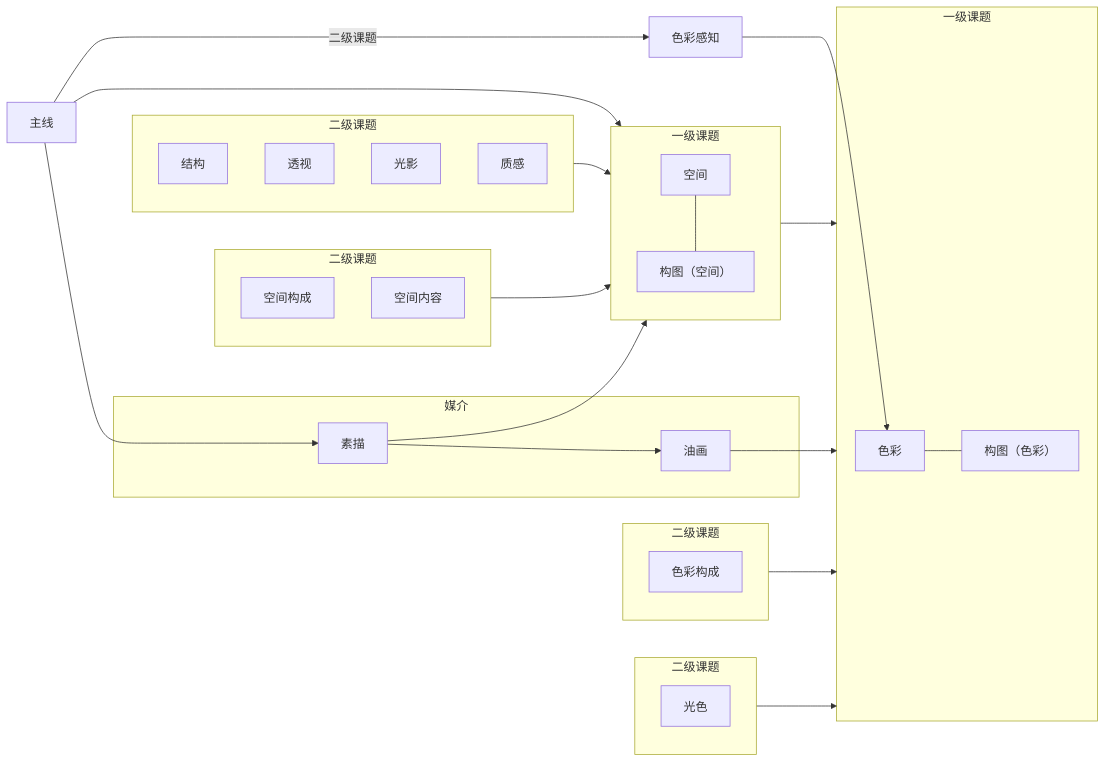
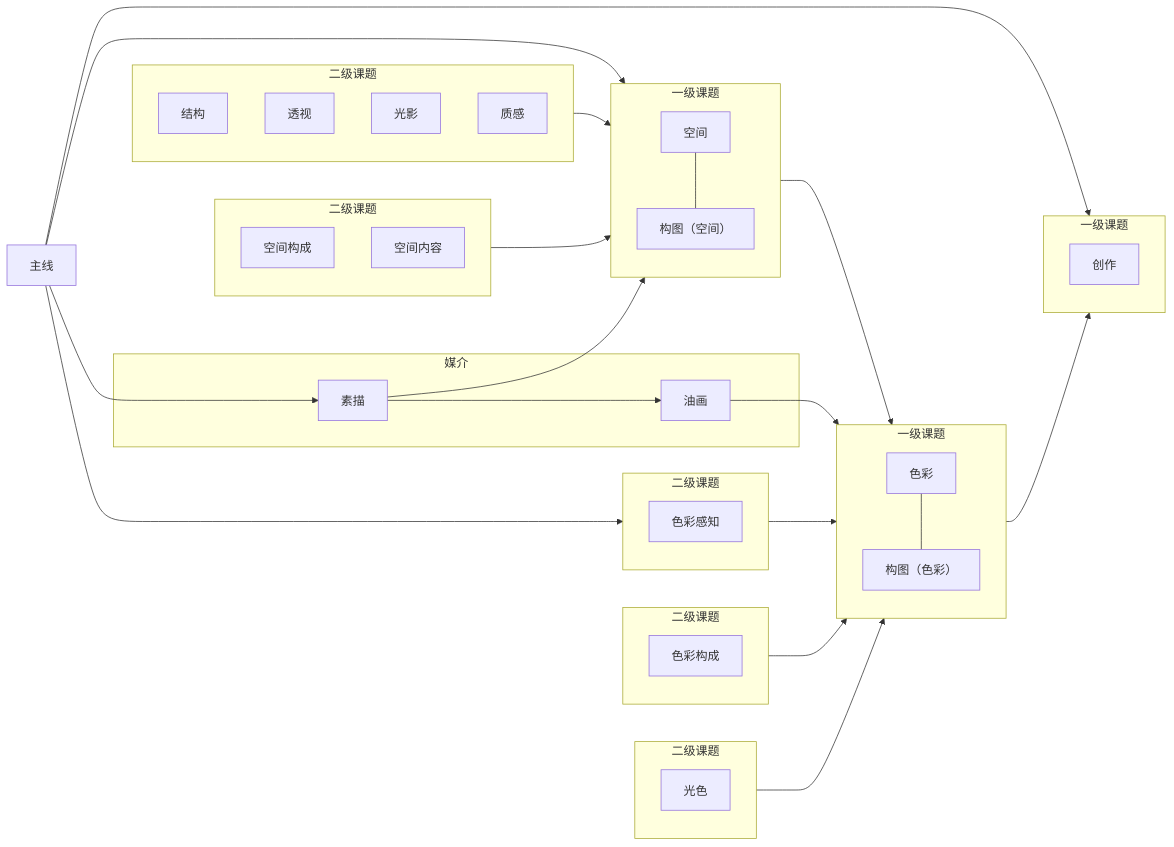
Before and after one commit to pehmc/freud: the diagram in 基本功/思维/学习法.md, drawn with Mermaid. The commit also changed other lines of this file and 13 other files, not shown here.

````diff
--- a/基本功/思维/学习法.md
+++ b/基本功/思维/学习法.md
@@ -58,55 +59,65 @@
 ```mermaid
 flowchart LR
 
   subgraph Media[媒介]
     Sketch[素描] --> Oil[油画]
   end
   
   Way[主线] --> Sketch
   
   subgraph SpaceComp[一级课题]
     Space[空间] --- SComp[构图（空间）]
   end
   
   Way --> SpaceComp
   
   subgraph ColorComp[一级课题]
     Color[色彩] --- CComp[构图（色彩）]
   end
   
   SpaceComp --> ColorComp
   
-  Way --> |二级课题|ColorPer[色彩感知]
+  subgraph Create[一级课题]
+    Cr[创作]
+  end
+  
+  subgraph ColorPer[二级课题]
+    Cp[色彩感知]
+  end
+  
+  Way --> ColorPer
+  Way --> Create
+  ColorComp --> Create
   Sketch --> SpaceComp
   Oil --> ColorComp
-  ColorPer --> Color
+  ColorPer --> ColorComp
   
   subgraph SpaceTopic[二级课题]
     Struct[结构]
     Pers[透视]
     Chia[光影]
     Text[质感]
   end
   
   SpaceTopic --> SpaceComp
   
   subgraph SCTopic[二级课题]
     SpaceCons[空间构成]
     SpaceCtx[空间内容]
   end
 
   SCTopic --> SpaceComp
 
   subgraph CCTopic[二级课题]
     ColorCons[色彩构成]
   end
   
   CCTopic --> ColorComp
   
   subgraph ColorTopic[二级课题]
     LightColor[光色]
   end
   
   ColorTopic --> ColorComp
   
 ```
````
